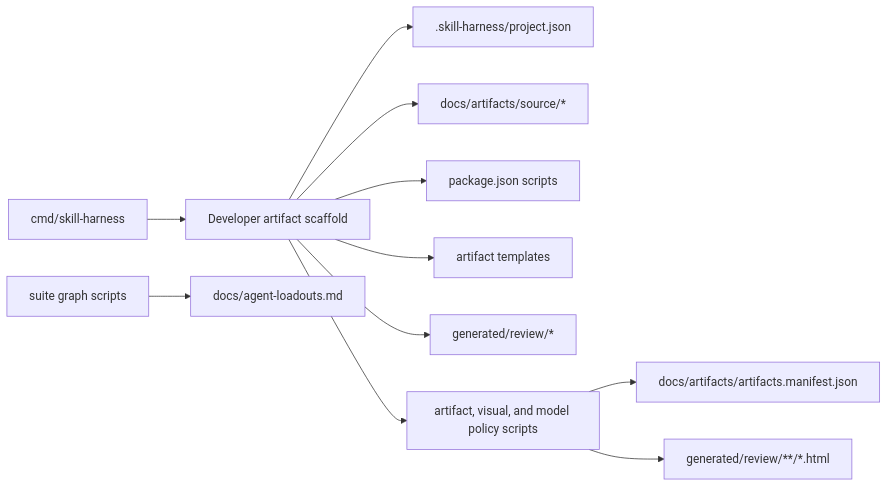
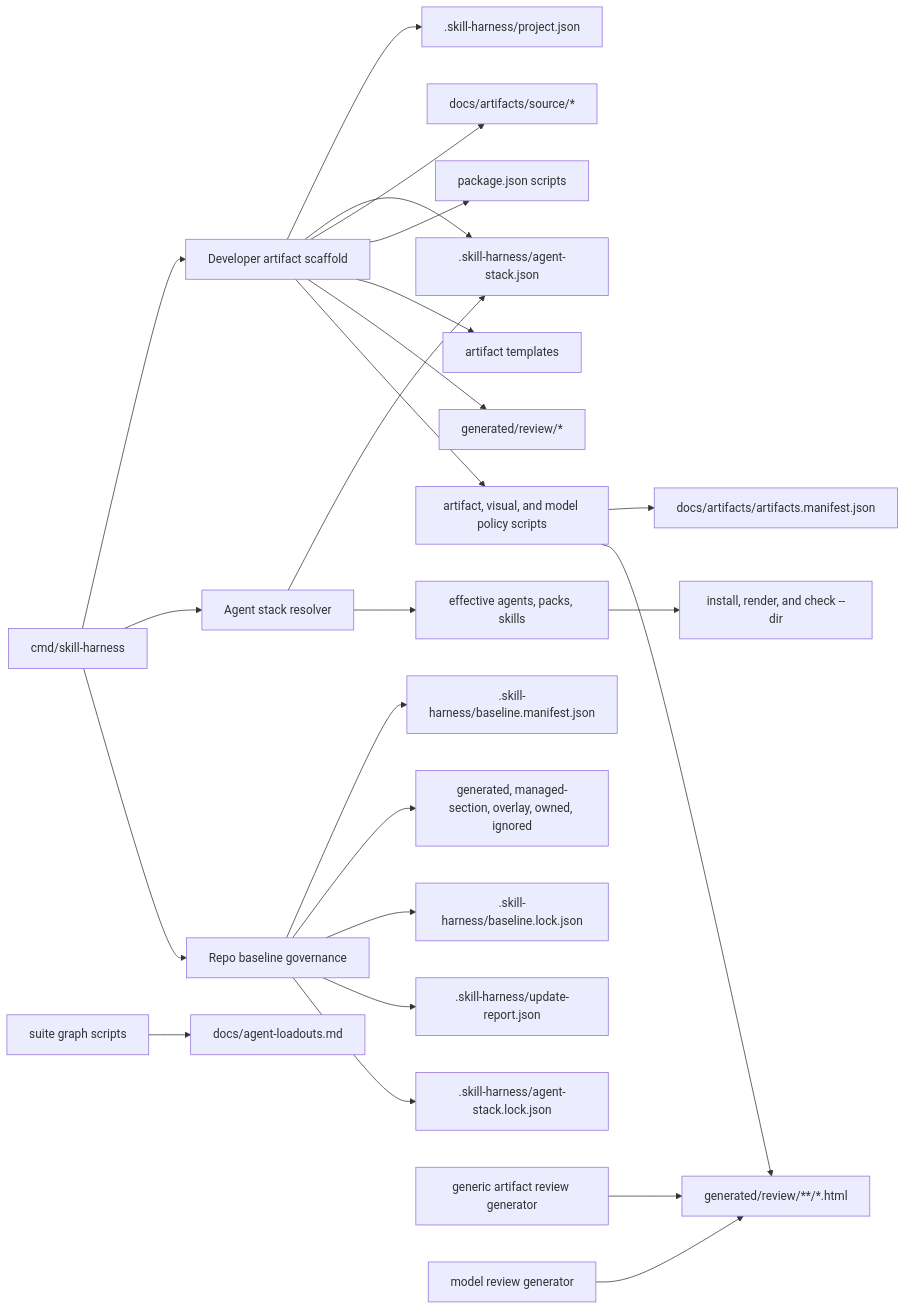
One commit to 45ck/skill-harness changed the diagram in docs/artifacts/source/models/sh-component-scaffold-engine.md. Above: the diagram before and after it, drawn with Mermaid. The commit also changed other lines of this file and 39 other files, not shown here.

````diff
--- a/docs/artifacts/source/models/sh-component-scaffold-engine.md
+++ b/docs/artifacts/source/models/sh-component-scaffold-engine.md
@@ -46,13 +48,26 @@
 ```mermaid
 flowchart LR
   CLI["cmd/skill-harness"] --> Scaffold["Developer artifact scaffold"]
+  CLI --> Resolver["Agent stack resolver"]
+  CLI --> RepoGovernance["Repo baseline governance"]
   Scaffold --> ProjectConfig[".skill-harness/project.json"]
+  Scaffold --> AgentStack[".skill-harness/agent-stack.json"]
+  Resolver --> AgentStack
+  Resolver --> EffectiveState["effective agents, packs, skills"]
+  EffectiveState --> InstallRender["install, render, and check --dir"]
+  RepoGovernance --> BaselineManifest[".skill-harness/baseline.manifest.json"]
+  RepoGovernance --> SurfaceModes["generated, managed-section, overlay, owned, ignored"]
+  RepoGovernance --> BaselineLock[".skill-harness/baseline.lock.json"]
+  RepoGovernance --> UpdateReport[".skill-harness/update-report.json"]
+  RepoGovernance --> StackLock[".skill-harness/agent-stack.lock.json"]
   Scaffold --> SourceDirs["docs/artifacts/source/*"]
   Scaffold --> PackageScripts["package.json scripts"]
   Scaffold --> Templates["artifact templates"]
   Scaffold --> ReviewDirs["generated/review/*"]
   Scaffold --> PolicyScripts["artifact, visual, and model policy scripts"]
   PolicyScripts --> Manifest["docs/artifacts/artifacts.manifest.json"]
   PolicyScripts --> ReviewHTML["generated/review/**/*.html"]
+  GenericRenderer["generic artifact review generator"] --> ReviewHTML
+  ModelRenderer["model review generator"] --> ReviewHTML
   SuiteScripts["suite graph scripts"] --> LoadoutDocs["docs/agent-loadouts.md"]
 ```
````
